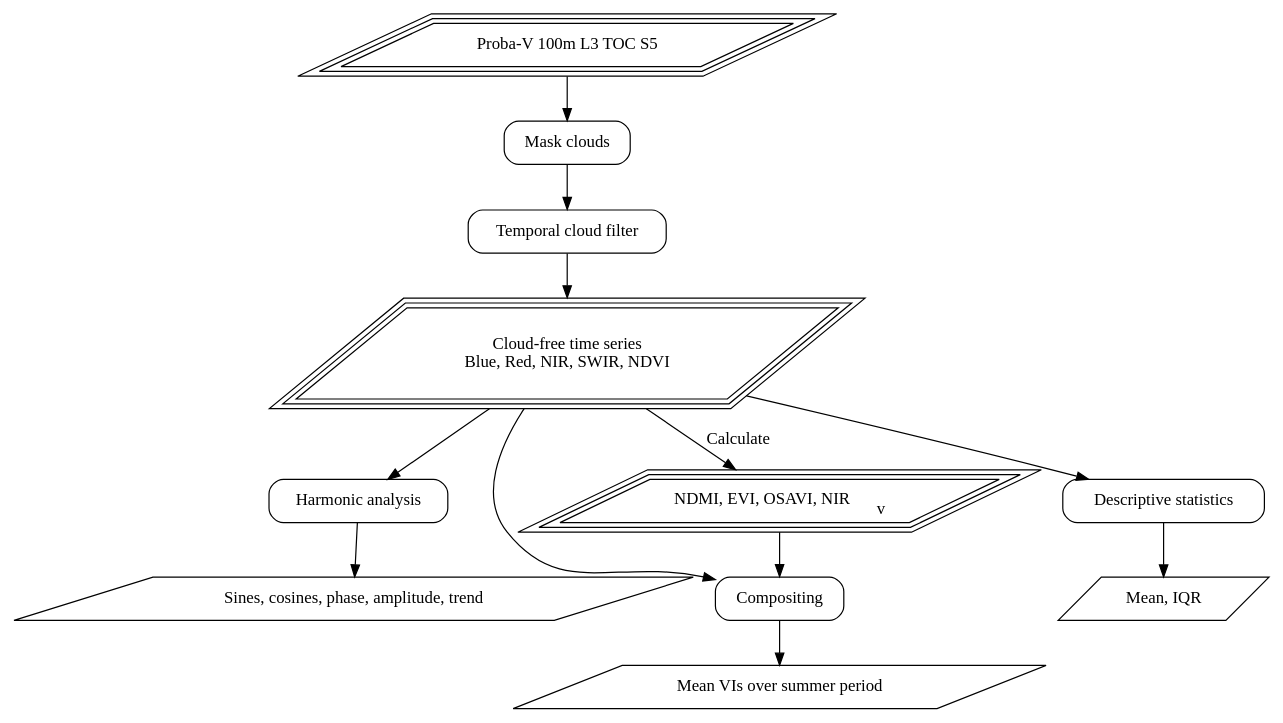
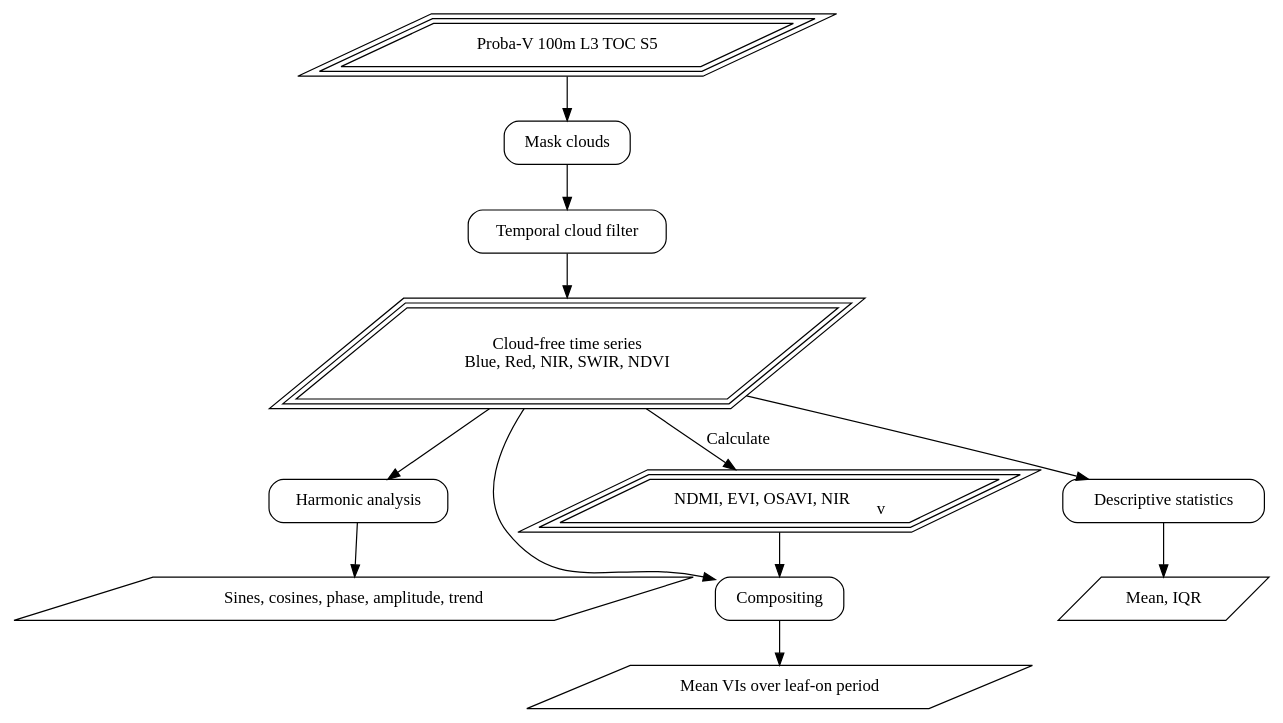
One commit to GreatEmerald/master-classification-paper changed the diagram in article/article-figures/flowcharts/preprocessing-optical.dot. Above: the diagram before and after it, drawn with Graphviz. The commit also changed 1 other file, not shown here.

```diff
--- a/article/article-figures/flowcharts/preprocessing-optical.dot
+++ b/article/article-figures/flowcharts/preprocessing-optical.dot
@@ -1,47 +1,47 @@
 digraph {
     // Define data node shapes
     node[shape="parallelogram"]
         Harmonics [label="Sines, cosines, phase, amplitude, trend"]
         Descriptives [label="Mean, IQR"]
-        Composites [label="Mean VIs over summer period"]
+        Composites [label="Mean VIs over leaf-on period"]
     node[shape="parallelogram", peripheries=3]
         "PV" [label="Proba-V 100m L3 TOC S5"]
         //RawBands [label="Blue, Red, NIR, SWIR"]
         /*"NDVI"
         "Blue"
         "Red"
         "NIR"
         "SWIR" */
         //"SM" [label="Quality flags"]
         /*"NDMI"
         "EVI"
         "NIRv"*/
         Bands [label="Cloud-free time series\nBlue, Red, NIR, SWIR, NDVI"]
         VIs [label=<NDMI, EVI, OSAVI, NIR<SUB>v</SUB>>]
     // Reset shape
     node[shape="Mrecord"]
         "TS" [label="Temporal cloud filter"]
     
     /*"PV" -> "SM"
     {"PV", "SM"} -> "Mask clouds"*/
     PV -> "Mask clouds"
     /*"Mask clouds" -> "Blue"
     {"Mask clouds", "Blue"} -> "TS"
     "TS" -> "NDVI"
     "TS" -> "Blue"
     "TS" -> "Red"
     "TS" -> "NIR"
     "TS" -> "SWIR"
     {"NIR", "SWIR"} -> "NDMI"
     {"Blue", "Red", "NIR"} -> "EVI"
     {"NDVI", "NIR"} -> "NIRv"
     
     {"Red", "Blue", "NIR", "SWIR", "NDVI", "NDMI", "EVI", "NIRv"} -> "Descriptive statistics"
     {"Red", "Blue", "NIR", "SWIR", "NDVI", "NDMI", "EVI", "NIRv"} -> "Harmonic analysis" */
     
     "Mask clouds" -> "TS" -> Bands
     Bands -> VIs [label="Calculate"]
     Bands -> "Harmonic analysis" -> Harmonics
     Bands -> "Descriptive statistics" -> Descriptives
     {Bands, VIs} -> "Compositing" -> Composites
 }
```
